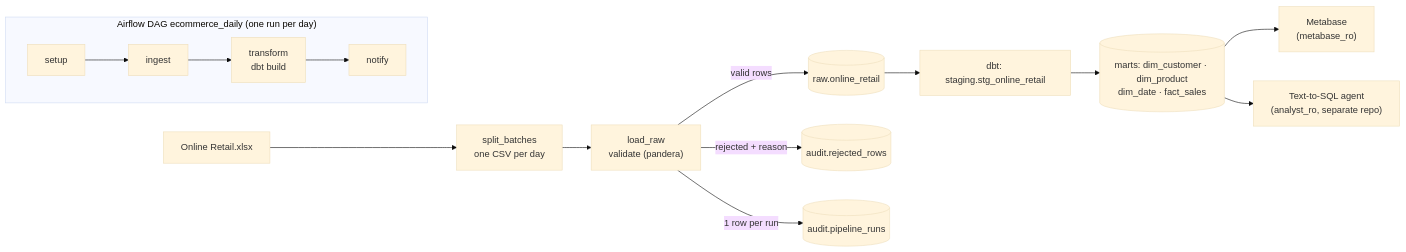
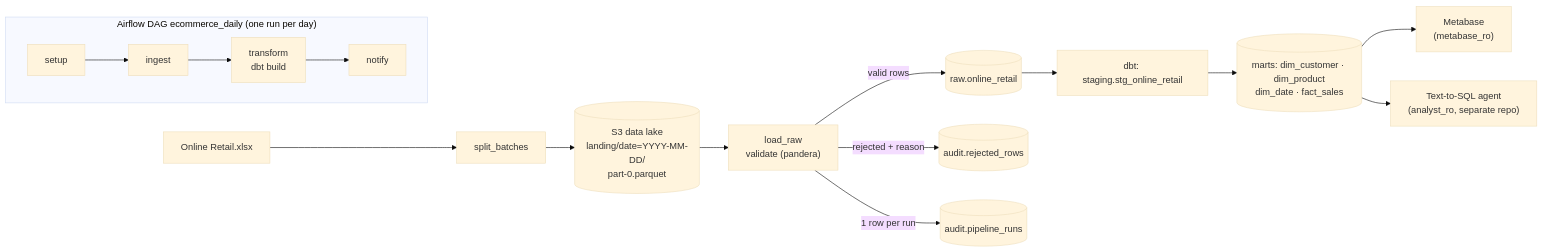
One commit to White481/e-commerce-data-pipeline changed the diagram in README.md. Above: the diagram before and after it, drawn with Mermaid (base theme). The commit also changed other lines of this file and 13 other files, not shown here.

First line of the commit message:
Phase 8: data lake - daily Parquet partitions on S3-compatible storage

````diff
--- a/README.md
+++ b/README.md
@@ -30,17 +31,18 @@
 ```mermaid
 flowchart LR
-    src["Online Retail.xlsx"] --> split["split_batches<br/>one CSV per day"]
-    split --> load["load_raw<br/>validate (pandera)"]
+    src["Online Retail.xlsx"] --> split["split_batches"]
+    split --> lake[("S3 data lake<br/>landing/date=YYYY-MM-DD/<br/>part-0.parquet")]
+    lake --> load["load_raw<br/>validate (pandera)"]
     load -->|valid rows| raw[("raw.online_retail")]
     load -->|rejected + reason| rej[("audit.rejected_rows")]
     load -->|1 row per run| runs[("audit.pipeline_runs")]
     raw --> stg["dbt: staging.stg_online_retail"]
     stg --> marts[("marts: dim_customer · dim_product<br/>dim_date · fact_sales")]
     marts --> mb["Metabase<br/>(metabase_ro)"]
     marts --> agent["Text-to-SQL agent<br/>(analyst_ro, separate repo)"]
 
     subgraph airflow["Airflow DAG ecommerce_daily (one run per day)"]
         direction LR
         t1[setup] --> t2[ingest] --> t3["transform<br/>dbt build"] --> t4[notify]
     end
 ```
````
